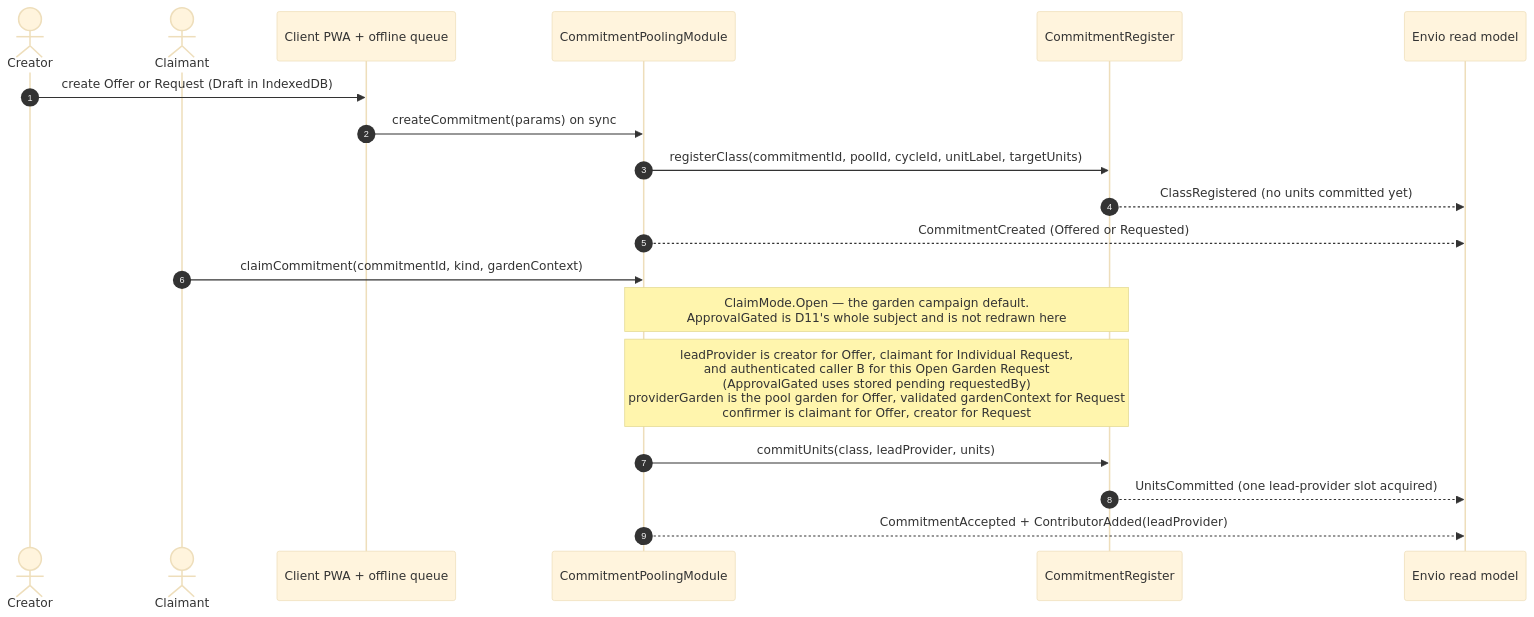
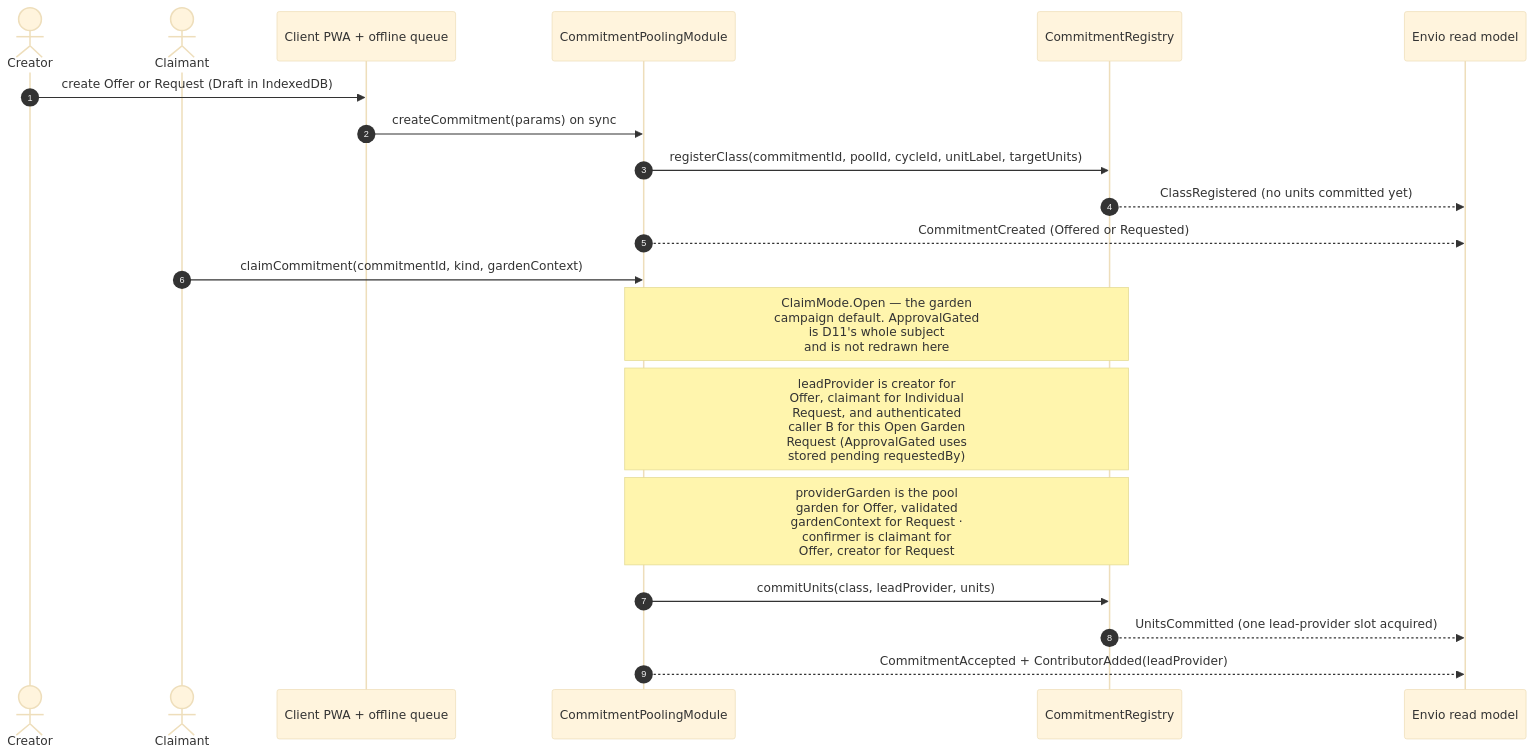
One commit to greenpill-dev-guild/green-goods changed the fourth of 38 diagrams in .plans/active/commitment-pooling/diagrams.md. Above: the diagram before and after it, drawn with Mermaid (base theme). The commit also changed other lines of this file and 58 other files, not shown here.

````diff
--- a/.plans/active/commitment-pooling/diagrams.md
+++ b/.plans/active/commitment-pooling/diagrams.md
@@ -309,22 +321,23 @@
 ```mermaid
 sequenceDiagram
   autonumber
   actor A as Creator
   actor B as Claimant
   participant PWA as Client PWA + offline queue
   participant M as CommitmentPoolingModule
-  participant R as CommitmentRegister
+  participant R as CommitmentRegistry
   participant IDX as Envio read model
 
   A->>PWA: create Offer or Request (Draft in IndexedDB)
   PWA->>M: createCommitment(params) on sync
   M->>R: registerClass(commitmentId, poolId, cycleId, unitLabel, targetUnits)
   R-->>IDX: ClassRegistered (no units committed yet)
   M-->>IDX: CommitmentCreated (Offered or Requested)
   B->>M: claimCommitment(commitmentId, kind, gardenContext)
-  Note over M,R: ClaimMode.Open — the garden campaign default.<br/>ApprovalGated is D11's whole subject and is not redrawn here
-  Note over M,R: leadProvider is creator for Offer, claimant for Individual Request,<br/>and authenticated caller B for this Open Garden Request<br/>(ApprovalGated uses stored pending requestedBy)<br/>providerGarden is the pool garden for Offer, validated gardenContext for Request<br/>confirmer is claimant for Offer, creator for Request
+  Note over M,R: ClaimMode.Open — the garden<br/>campaign default. ApprovalGated<br/>is D11's whole subject<br/>and is not redrawn here
+  Note over M,R: leadProvider is creator for<br/>Offer, claimant for Individual<br/>Request, and authenticated<br/>caller B for this Open Garden<br/>Request (ApprovalGated uses<br/>stored pending requestedBy)
+  Note over M,R: providerGarden is the pool<br/>garden for Offer, validated<br/>gardenContext for Request ·<br/>confirmer is claimant for<br/>Offer, creator for Request
   M->>R: commitUnits(class, leadProvider, units)
   R-->>IDX: UnitsCommitted (one lead-provider slot acquired)
   M-->>IDX: CommitmentAccepted + ContributorAdded(leadProvider)
 ```
````
